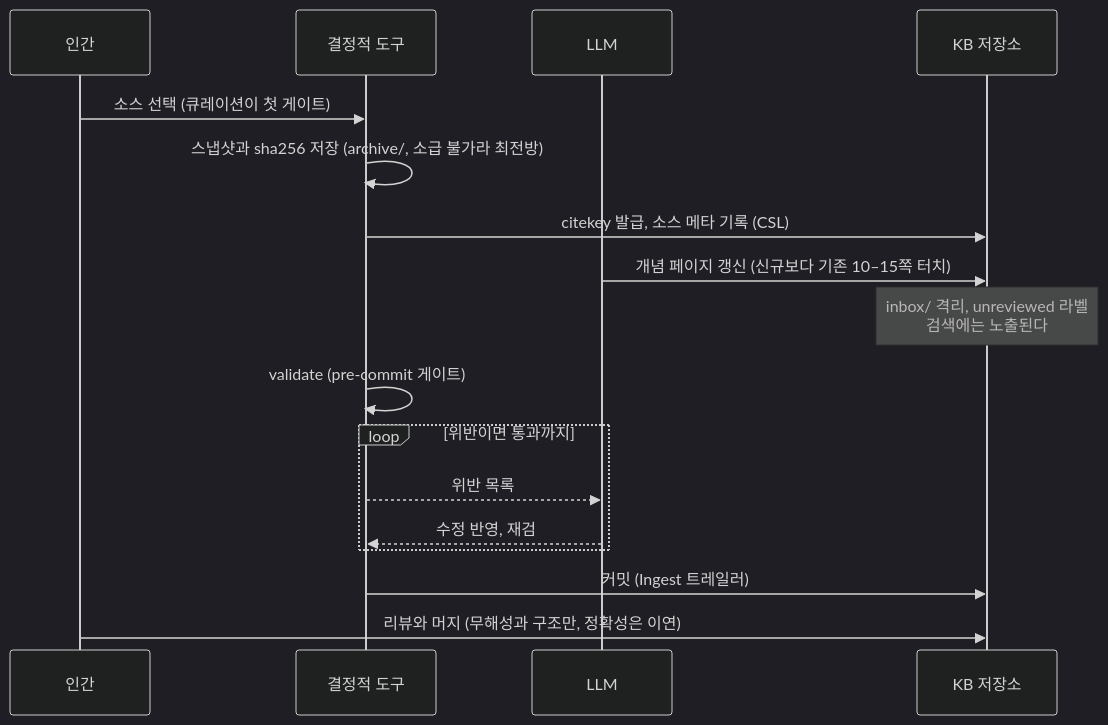
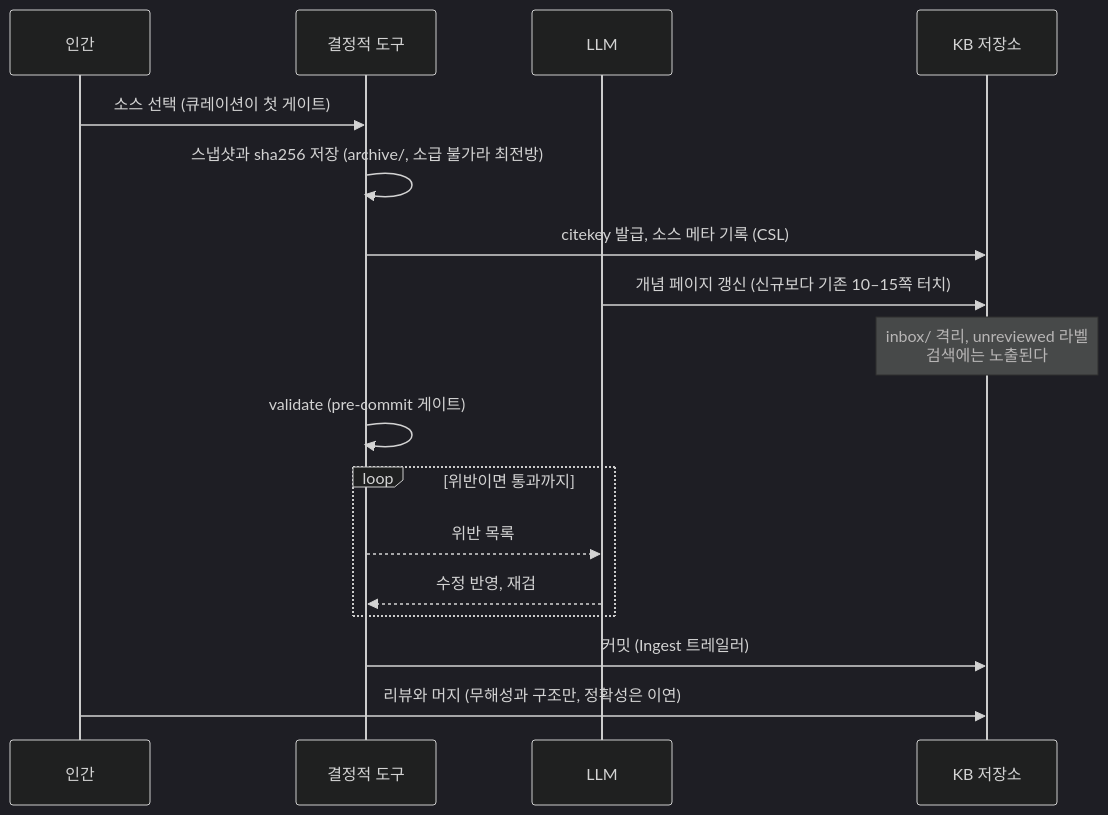
Before and after one commit to alteralab/syntopicon: the second of 4 diagrams in README.md, drawn with Mermaid (dark theme). The commit also changed other lines of this file, not shown here.

Commit message:
plan: loop 프레임 내부 여백 복원 — boxMargin 6→12 (시각 검증)

````diff
--- a/README.md
+++ b/README.md
@@ -42,21 +42,21 @@
 ```mermaid
-%%{init: {"sequence": {"width": 140, "messageMargin": 28, "boxMargin": 6}}}%%
+%%{init: {"sequence": {"width": 140, "messageMargin": 28, "boxMargin": 12}}}%%
 sequenceDiagram
     participant H as 인간
     participant T as 결정적 도구
     participant L as LLM
     participant K as KB 저장소
 
     H->>T: 소스 선택 (큐레이션이 첫 게이트)
     T->>T: 스냅샷과 sha256 저장 (archive/, 소급 불가라 최전방)
     T->>K: citekey 발급, 소스 메타 기록 (CSL)
     L->>K: 개념 페이지 갱신 (신규보다 기존 10–15쪽 터치)
     note over K: inbox/ 격리, unreviewed 라벨<br/>검색에는 노출된다
     T->>T: validate (pre-commit 게이트)
     loop 위반이면 통과까지
         T-->>L: 위반 목록
         L-->>T: 수정 반영, 재검
     end
     T->>K: 커밋 (Ingest 트레일러)
     H->>K: 리뷰와 머지 (무해성과 구조만, 정확성은 이연)
 ```
````
